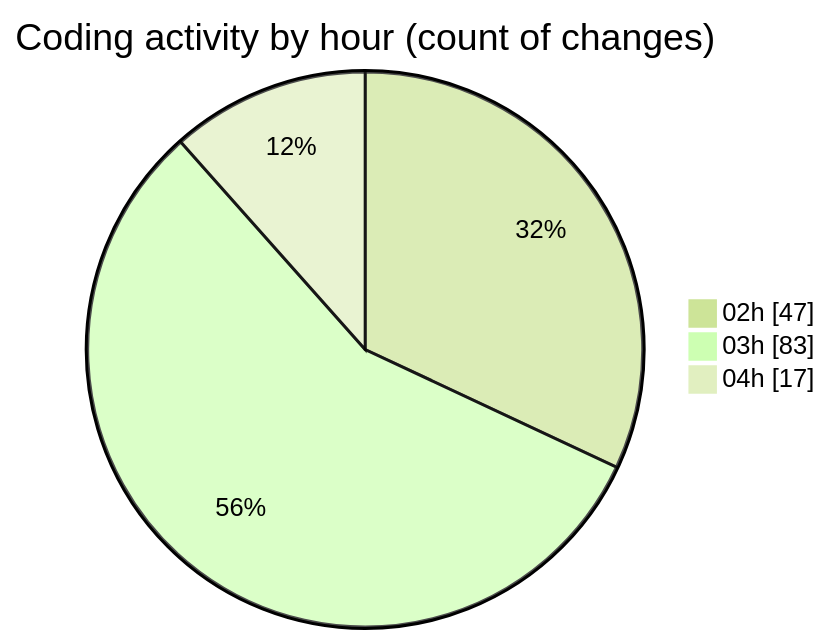
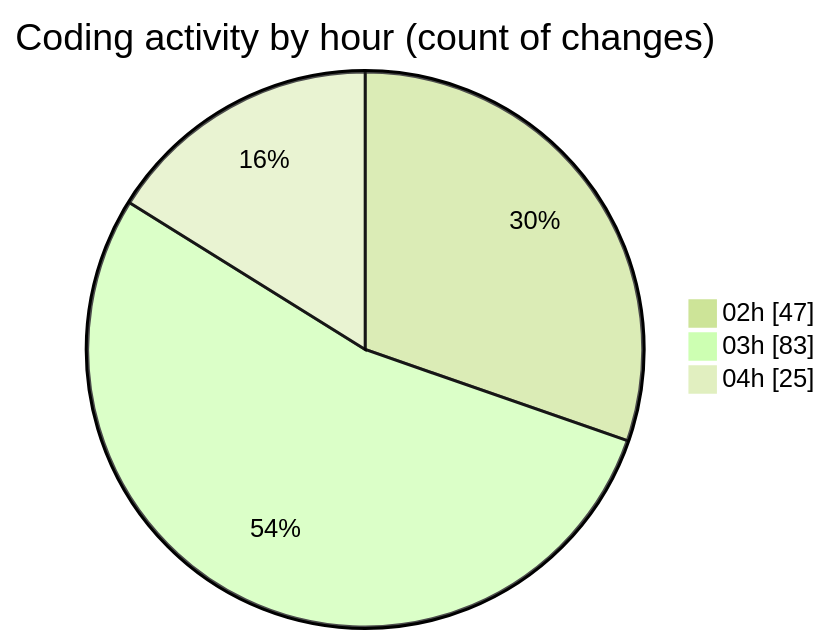
The second of 2 diagrams in 2025-01-02/3drust/README.md (ernivani/code-tracking), drawn with Mermaid (forest theme) before and after one commit. The commit also changed other lines of this file and 2 other files, not shown here.

````diff
--- a/2025-01-02/3drust/README.md
+++ b/2025-01-02/3drust/README.md
@@ -40,7 +40,7 @@
 ```mermaid
 pie showData
 title Coding activity by hour (count of changes)
 "02h" : 47
 "03h" : 83
-"04h" : 17
+"04h" : 25
 ```
````
